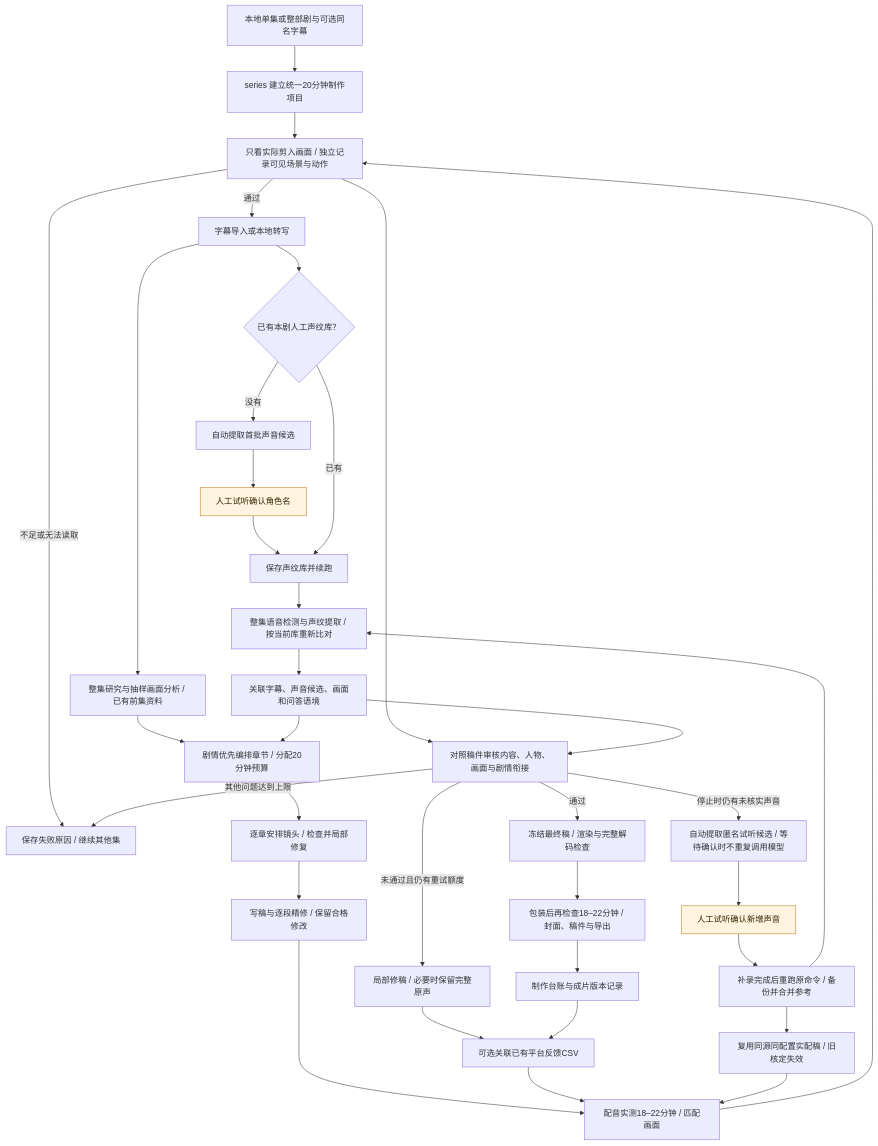
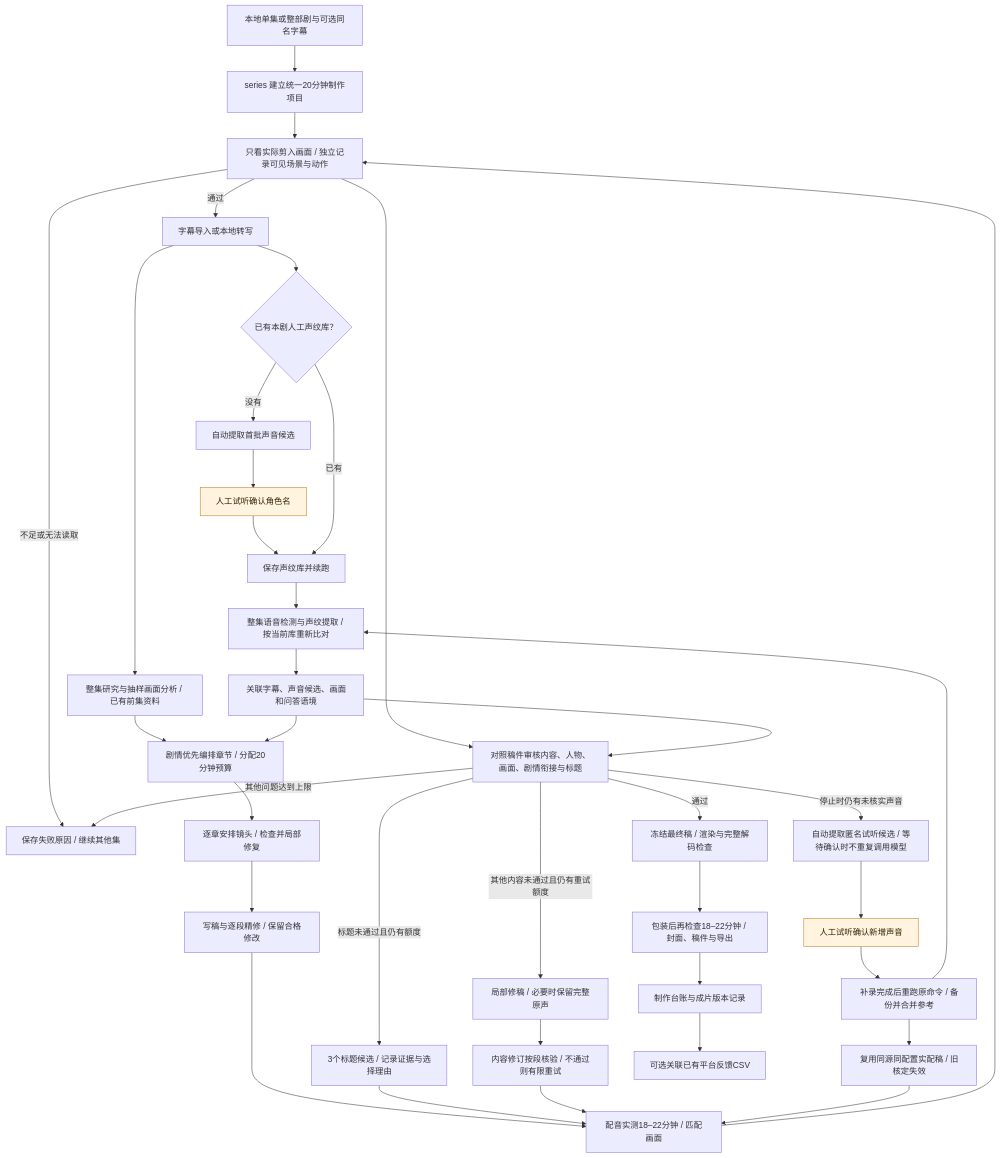
The first of 2 diagrams in README.md (redrain-wang/autoclip1), drawn with Mermaid before and after one commit. The commit also changed other lines of this file and 13 other files, not shown here.

````diff
--- a/README.md
+++ b/README.md
@@ -31,39 +39,41 @@
 ```mermaid
 flowchart TD
     A[本地单集或整部剧与可选同名字幕] --> B[series 建立统一20分钟制作项目]
     B --> V{素材至少18分钟？}
     V -->|不足或无法读取| Q[保存失败原因 / 继续其他集]
     V -->|通过| C[字幕导入或本地转写]
     C --> D{已有本剧人工声纹库？}
     D -->|没有| E[自动提取首批声音候选]
     E --> F[人工试听确认角色名]
     F --> G[保存声纹库并续跑]
     D -->|已有| G
     G --> H[整集语音检测与声纹提取 / 按当前库重新比对]
     H --> I[关联字幕、声音候选、画面和问答语境]
     C --> J[整集研究与抽样画面分析 / 已有前集资料]
     J --> K[剧情优先编排章节 / 分配20分钟预算]
     I --> K
     K --> L[逐章安排镜头 / 检查并局部修复]
     L --> M[写稿与逐段精修 / 保留合格修改]
     M --> N[配音实测18–22分钟 / 匹配画面]
     N --> V[只看实际剪入画面 / 独立记录可见场景与动作]
-    V --> O[对照稿件审核内容、人物、画面与剧情衔接]
+    V --> O[对照稿件审核内容、人物、画面、剧情衔接与标题]
     I --> O
-    O -->|未通过且仍有重试额度| P[局部修稿 / 必要时保留完整原声]
+    O -->|标题未通过且仍有额度| TT[3个标题候选 / 记录证据与选择理由]
+    TT --> N
+    O -->|其他内容未通过且仍有重试额度| P[局部修稿 / 必要时保留完整原声]
     P --> U[内容修订按段核验 / 不通过则有限重试]
     U --> N
     O -->|停止时仍有未核实声音| W[自动提取匿名试听候选 / 等待确认时不重复调用模型]
     W --> Z[人工试听确认新增声音]
     Z --> X[补录完成后重跑原命令 / 备份并合并参考]
     X --> H
     X --> Y[复用同源同配置实配稿 / 旧核定失效]
     Y --> N
     O -->|其他问题达到上限| Q
     O -->|通过| R[冻结最终稿 / 渲染与完整解码检查]
     R --> S[包装后再检查18–22分钟 / 封面、稿件与导出]
     S --> T[制作台账与成片版本记录]
-    T --> U[可选关联已有平台反馈CSV]
+    T --> FB[可选关联已有平台反馈CSV]
     classDef human fill:#fff4df,stroke:#bd7a17,color:#332200
     class F,Z human
 ```
````
